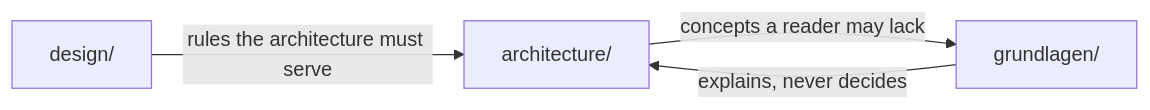
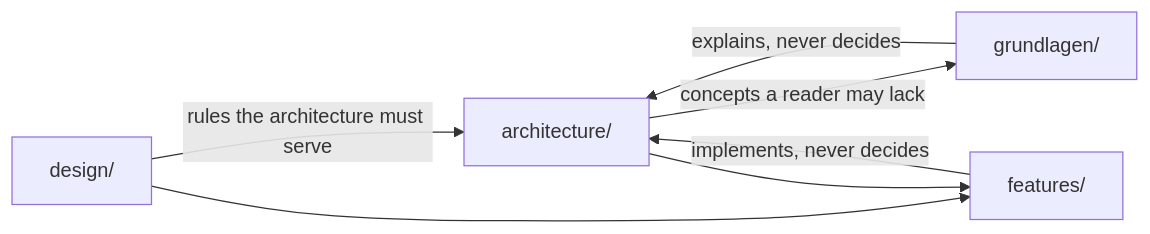
One commit to jhofer/ar-map-game changed the diagram in docs/README.md. Above: the diagram before and after it, drawn with Mermaid. The commit also changed other lines of this file and 9 other files, not shown here.

````diff
--- a/docs/README.md
+++ b/docs/README.md
@@ -29,6 +31,9 @@
 ```mermaid
 flowchart LR
     D[design/] -->|rules the architecture must serve| A[architecture/]
     A -->|concepts a reader may lack| G[grundlagen/]
     G -->|explains, never decides| A
+    D --> F[features/]
+    A --> F
+    F -->|implements, never decides| A
 ```
````
